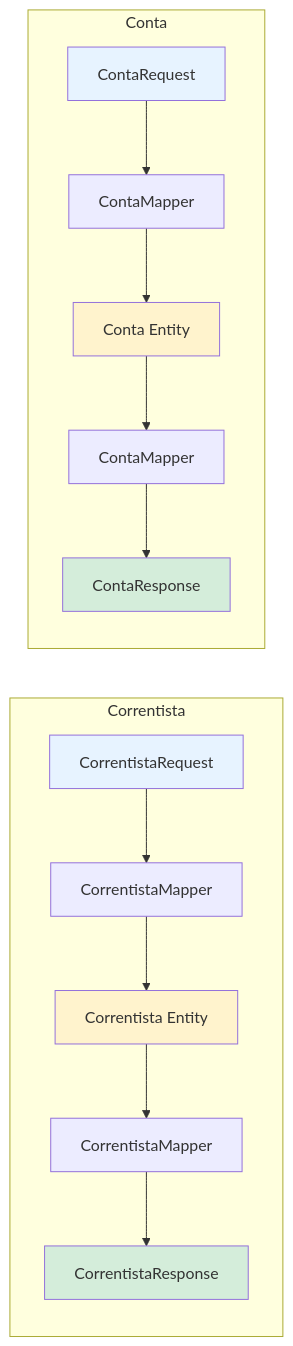
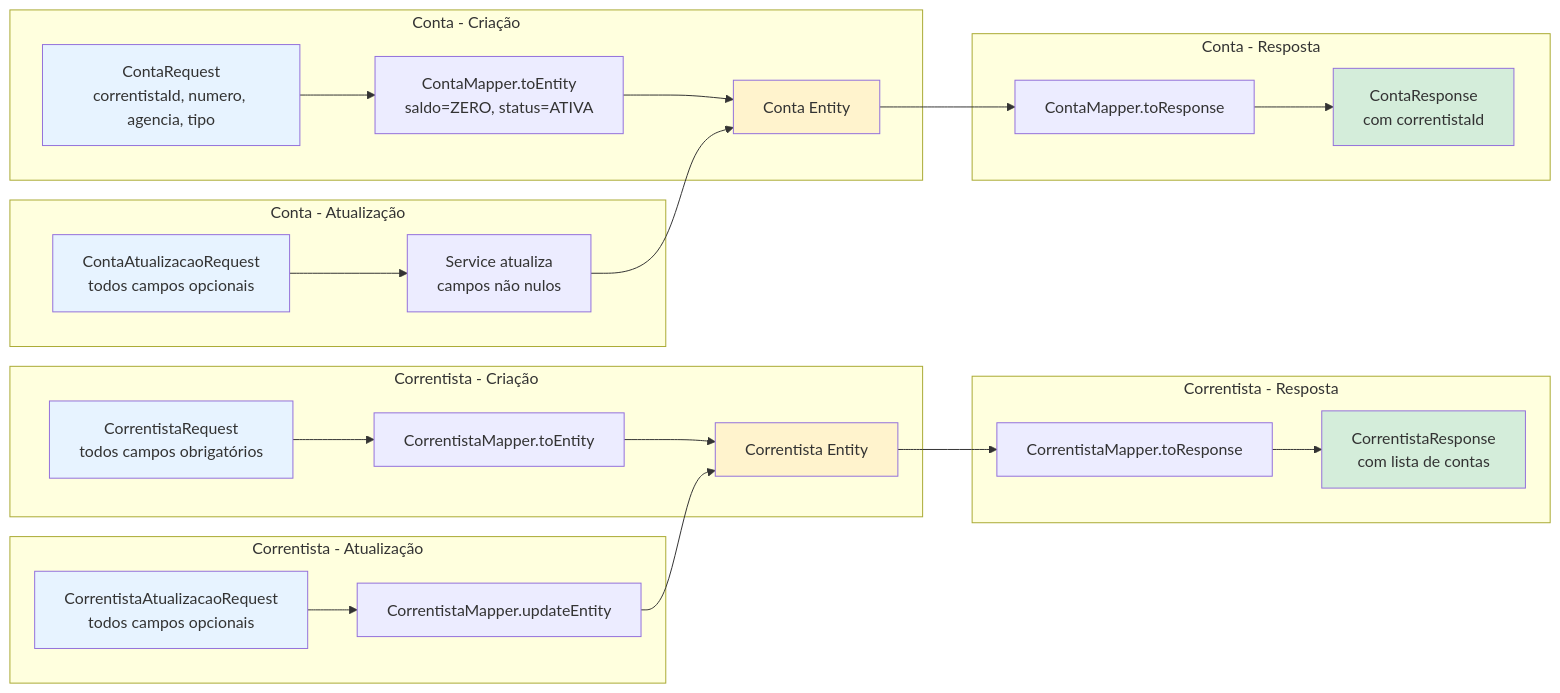
Before and after one commit to GeciaraBoava/teste-bv: diagram 13 of 13 in fluxograma.md, drawn with Mermaid. The commit also changed other lines of this file and 2 other files, not shown here.

Commit message:
📝 docs :: [project] :: atualiza documentação

````diff
--- a/fluxograma.md
+++ b/fluxograma.md
@@ -370,23 +481,41 @@
 ```mermaid
 flowchart LR
-    subgraph "Correntista"
-        CR1[CorrentistaRequest] --> CM[CorrentistaMapper]
-        CM --> CE[Correntista Entity]
-        CE --> CM2[CorrentistaMapper]
-        CM2 --> CR2[CorrentistaResponse]
+    subgraph "Correntista - Criação"
+        CR1[CorrentistaRequest<br/>todos campos obrigatórios] --> CM1[CorrentistaMapper.toEntity]
+        CM1 --> CE[Correntista Entity]
     end
 
-    subgraph "Conta"
-        CT1[ContaRequest] --> CTM[ContaMapper]
-        CTM --> CTE[Conta Entity]
-        CTE --> CTM2[ContaMapper]
-        CTM2 --> CT2[ContaResponse]
+    subgraph "Correntista - Atualização"
+        CRU[CorrentistaAtualizacaoRequest<br/>todos campos opcionais] --> CMU[CorrentistaMapper.updateEntity]
+        CMU --> CE
+    end
+
+    subgraph "Correntista - Resposta"
+        CE --> CM2[CorrentistaMapper.toResponse]
+        CM2 --> CR2[CorrentistaResponse<br/>com lista de contas]
+    end
+
+    subgraph "Conta - Criação"
+        CT1[ContaRequest<br/>correntistaId, numero, agencia, tipo] --> CTM1[ContaMapper.toEntity<br/>saldo=ZERO, status=ATIVA]
+        CTM1 --> CTE[Conta Entity]
+    end
+
+    subgraph "Conta - Atualização"
+        CTU[ContaAtualizacaoRequest<br/>todos campos opcionais] --> CTMU[Service atualiza<br/>campos não nulos]
+        CTMU --> CTE
+    end
+
+    subgraph "Conta - Resposta"
+        CTE --> CTM2[ContaMapper.toResponse]
+        CTM2 --> CT2[ContaResponse<br/>com correntistaId]
     end
 
     style CR1 fill:#e7f3ff
+    style CRU fill:#e7f3ff
     style CT1 fill:#e7f3ff
+    style CTU fill:#e7f3ff
     style CE fill:#fff3cd
     style CTE fill:#fff3cd
     style CR2 fill:#d4edda
     style CT2 fill:#d4edda
 ```
````
